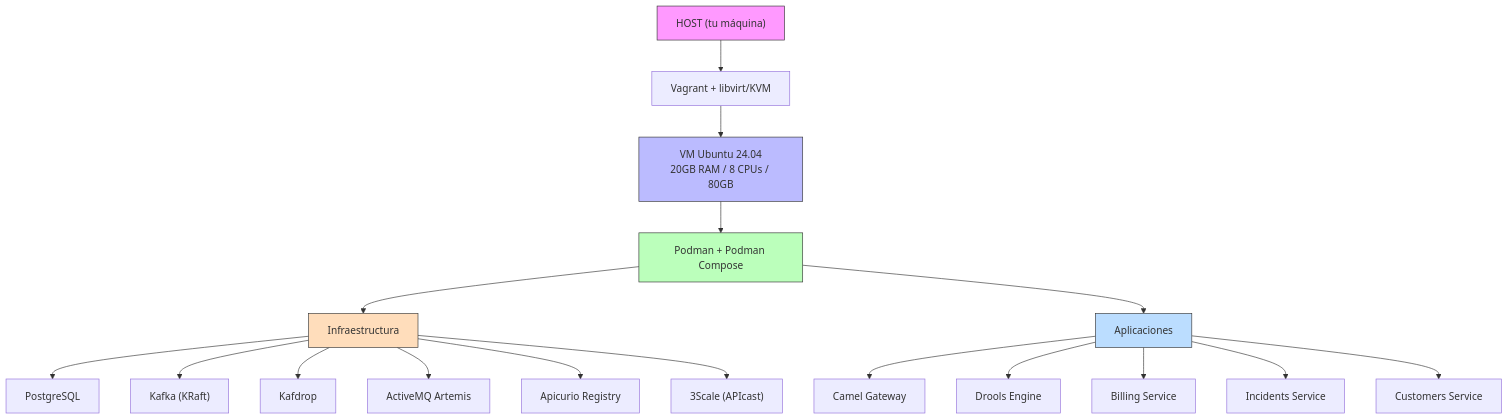
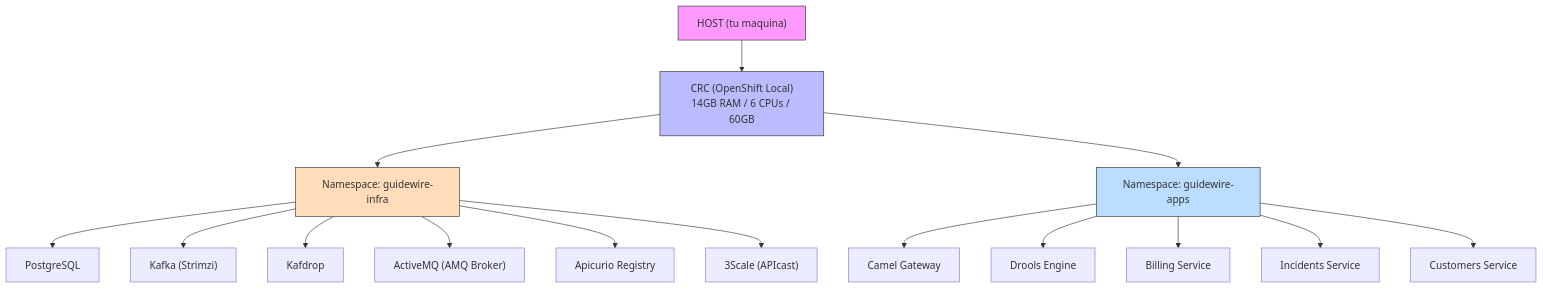
One commit to monghithub/guidewire changed the diagram in openspecs/docs/infra/lab-environment/README.md. Above: the diagram before and after it, drawn with Mermaid. The commit also changed other lines of this file and 67 other files, not shown here.

First line of the commit message:
feat: migrate lab environment from Vagrant to Red Hat OpenShift Local (CRC)

````diff
--- a/openspecs/docs/infra/lab-environment/README.md
+++ b/openspecs/docs/infra/lab-environment/README.md
@@ -9,29 +9,25 @@
 ```mermaid
 graph TD
-    HOST["HOST (tu máquina)"]
-    HOST --> VAGRANT["Vagrant + libvirt/KVM"]
-    VAGRANT --> VM["VM Ubuntu 24.04<br/>20GB RAM / 8 CPUs / 80GB"]
-    VM --> PODMAN["Podman + Podman Compose"]
+    HOST["HOST (tu maquina)"]
+    HOST --> CRC["CRC (OpenShift Local)<br/>14GB RAM / 6 CPUs / 60GB"]
+    CRC --> NS_INFRA["Namespace: guidewire-infra"]
+    CRC --> NS_APPS["Namespace: guidewire-apps"]
 
-    PODMAN --> INFRA_GROUP["Infraestructura"]
-    PODMAN --> APP_GROUP["Aplicaciones"]
+    NS_INFRA --> PG["PostgreSQL"]
+    NS_INFRA --> KAFKA["Kafka (Strimzi)"]
+    NS_INFRA --> KAFDROP["Kafdrop"]
+    NS_INFRA --> AMQ["ActiveMQ (AMQ Broker)"]
+    NS_INFRA --> APICURIO["Apicurio Registry"]
+    NS_INFRA --> THREESCALE["3Scale (APIcast)"]
 
-    INFRA_GROUP --> PG["PostgreSQL"]
-    INFRA_GROUP --> KAFKA["Kafka (KRaft)"]
-    INFRA_GROUP --> KAFDROP["Kafdrop"]
-    INFRA_GROUP --> AMQ["ActiveMQ Artemis"]
-    INFRA_GROUP --> APICURIO["Apicurio Registry"]
-    INFRA_GROUP --> THREESCALE["3Scale (APIcast)"]
-
-    APP_GROUP --> CAMEL["Camel Gateway"]
-    APP_GROUP --> DROOLS["Drools Engine"]
-    APP_GROUP --> BILLING["Billing Service"]
-    APP_GROUP --> INCIDENTS["Incidents Service"]
-    APP_GROUP --> CUSTOMERS["Customers Service"]
+    NS_APPS --> CAMEL["Camel Gateway"]
+    NS_APPS --> DROOLS["Drools Engine"]
+    NS_APPS --> BILLING["Billing Service"]
+    NS_APPS --> INCIDENTS["Incidents Service"]
+    NS_APPS --> CUSTOMERS["Customers Service"]
 
     style HOST fill:#f9f,stroke:#333
-    style VM fill:#bbf,stroke:#333
-    style PODMAN fill:#bfb,stroke:#333
-    style INFRA_GROUP fill:#fdb,stroke:#333
-    style APP_GROUP fill:#bdf,stroke:#333
+    style CRC fill:#bbf,stroke:#333
+    style NS_INFRA fill:#fdb,stroke:#333
+    style NS_APPS fill:#bdf,stroke:#333
 ```
````
